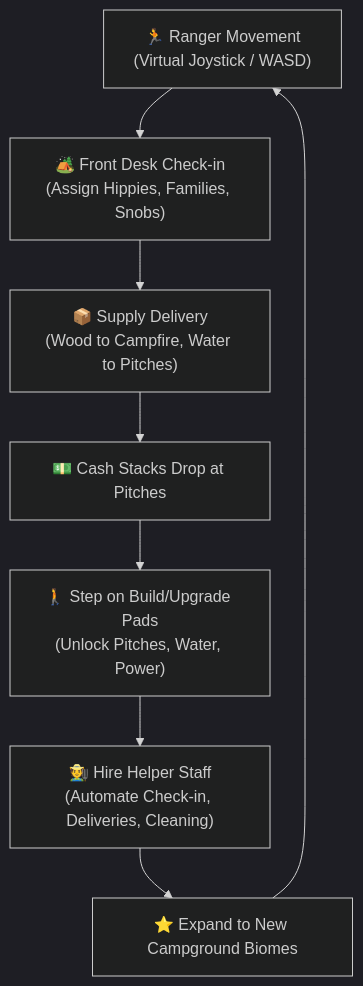
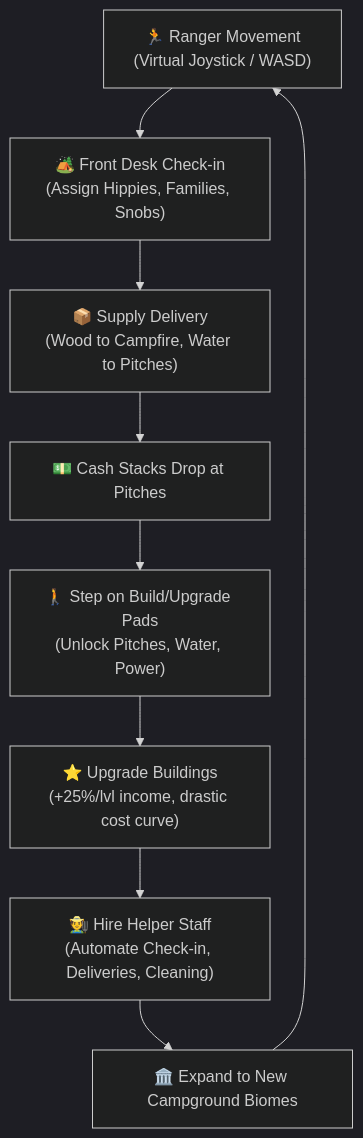
One commit to CitdGame/campers-game-multiplayer-prototype changed the first of 2 diagrams in docs/GDD_Campers_Idle.md. Above: the diagram before and after it, drawn with Mermaid (dark theme). The commit also changed other lines of this file and 25 other files, not shown here.

````diff
--- a/docs/GDD_Campers_Idle.md
+++ b/docs/GDD_Campers_Idle.md
@@ -31,10 +37,11 @@
 ```mermaid
 flowchart TD
     A["🏃 Ranger Movement<br>(Virtual Joystick / WASD)"] --> B["🏕️ Front Desk Check-in<br>(Assign Hippies, Families, Snobs)"]
     B --> C["📦 Supply Delivery<br>(Wood to Campfire, Water to Pitches)"]
     C --> D["💵 Cash Stacks Drop at Pitches"]
     D --> E["🚶 Step on Build/Upgrade Pads<br>(Unlock Pitches, Water, Power)"]
-    E --> F["🧑‍🌾 Hire Helper Staff<br>(Automate Check-in, Deliveries, Cleaning)"]
-    F --> G["⭐ Expand to New Campground Biomes"]
-    G --> A
+    E --> F["⭐ Upgrade Buildings<br>(+25%/lvl income, drastic cost curve)"]
+    F --> G["🧑‍🌾 Hire Helper Staff<br>(Automate Check-in, Deliveries, Cleaning)"]
+    G --> H["🏛️ Expand to New Campground Biomes"]
+    H --> A
 ```
````
